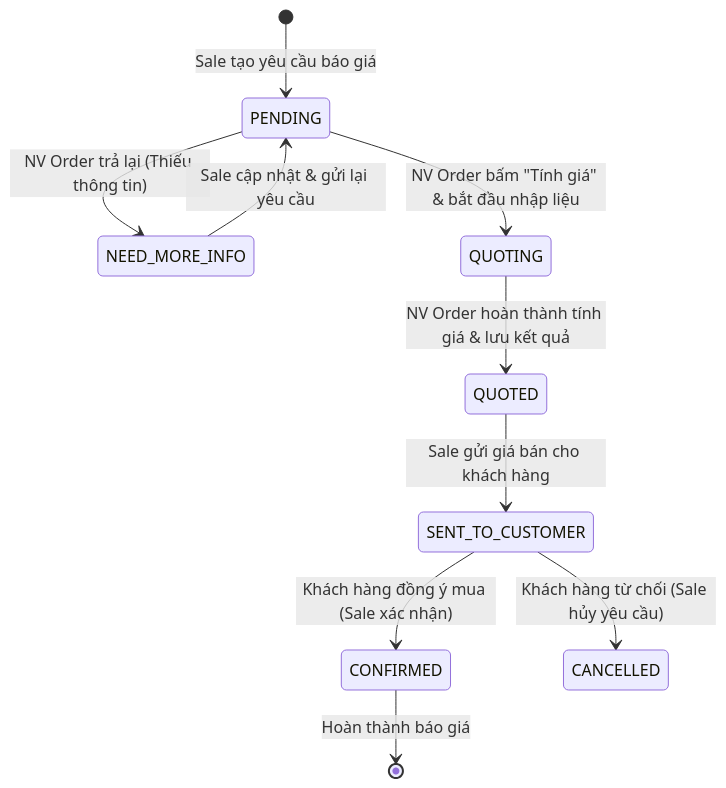
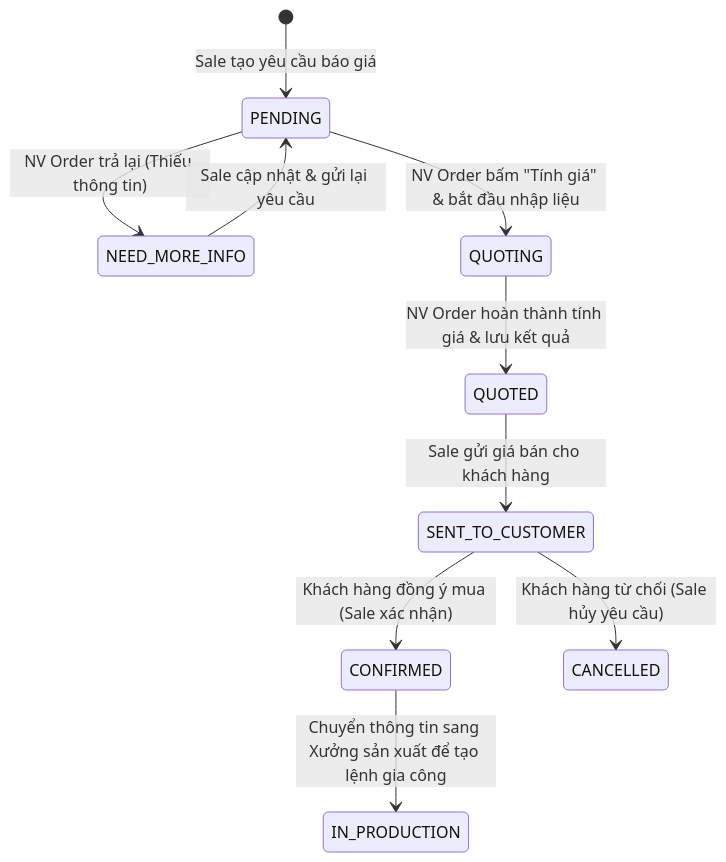
The first of 2 diagrams in README.md (viemonkey/Jewelry-Pricing-Tool), drawn with Mermaid before and after one commit. The commit also changed other lines of this file, not shown here.

Commit message:
docs: resolve merge conflict in README.md and update project architecture documentation

````diff
--- a/README.md
+++ b/README.md
@@ -85,12 +99,12 @@
 ```mermaid
 stateDiagram-v2
     [*] --> PENDING : Sale tạo yêu cầu báo giá
     PENDING --> NEED_MORE_INFO : NV Order trả lại (Thiếu thông tin)
     NEED_MORE_INFO --> PENDING : Sale cập nhật & gửi lại yêu cầu
     PENDING --> QUOTING : NV Order bấm "Tính giá" & bắt đầu nhập liệu
     QUOTING --> QUOTED : NV Order hoàn thành tính giá & lưu kết quả
     QUOTED --> SENT_TO_CUSTOMER : Sale gửi giá bán cho khách hàng
     SENT_TO_CUSTOMER --> CONFIRMED : Khách hàng đồng ý mua (Sale xác nhận)
     SENT_TO_CUSTOMER --> CANCELLED : Khách hàng từ chối (Sale hủy yêu cầu)
-    CONFIRMED --> [*] : Hoàn thành báo giá
+    CONFIRMED --> IN_PRODUCTION : Chuyển thông tin sang Xưởng sản xuất để tạo lệnh gia công
 ```
````
